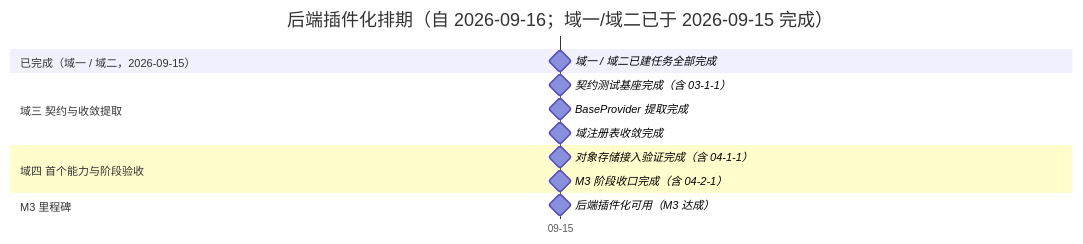
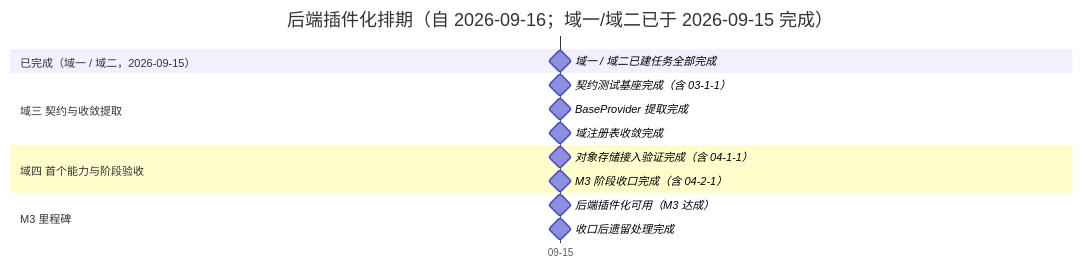
One commit to minjian123/basic-management-system changed the diagram in bms文档/项目/03_后端插件化/计划/01_计划_后端插件化.md. Above: the diagram before and after it, drawn with Mermaid. The commit also changed other lines of this file and 9 other files, not shown here.

````diff
--- a/bms文档/项目/03_后端插件化/计划/01_计划_后端插件化.md
+++ b/bms文档/项目/03_后端插件化/计划/01_计划_后端插件化.md
@@ -55,17 +56,18 @@
 ```mermaid
 gantt
     title 后端插件化排期（自 2026-09-16；域一/域二已于 2026-09-15 完成）
     dateFormat  YYYY-MM-DD
     axisFormat %m-%d
     section 已完成（域一 / 域二，2026-09-15）
     域一 / 域二已建任务全部完成 :milestone, md, 2026-09-15, 0d
     section 域三 契约与收敛提取
     契约测试基座完成（含 03-1-1） :milestone, m0301, 2026-09-15, 0d
     BaseProvider 提取完成 :milestone, m0302, 2026-09-15, 0d
     域注册表收敛完成 :milestone, m0303, 2026-09-15, 0d
     section 域四 首个能力与阶段验收
     对象存储接入验证完成（含 04-1-1） :milestone, m0401, 2026-09-15, 0d
     M3 阶段收口完成（含 04-2-1） :milestone, m0402, 2026-09-15, 0d
     section M3 里程碑
     后端插件化可用（M3 达成） :milestone, mm3, 2026-09-15, 0d
+    收口后遗留处理完成 :milestone, m0501, 2026-09-15, 0d
 ```
````
